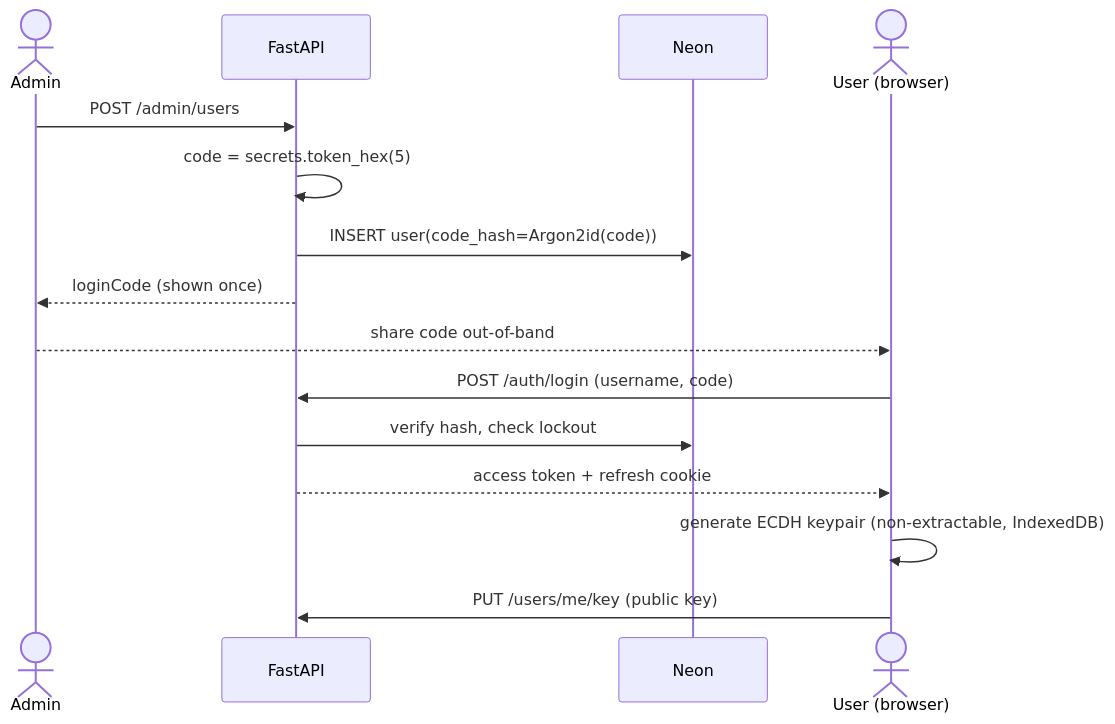
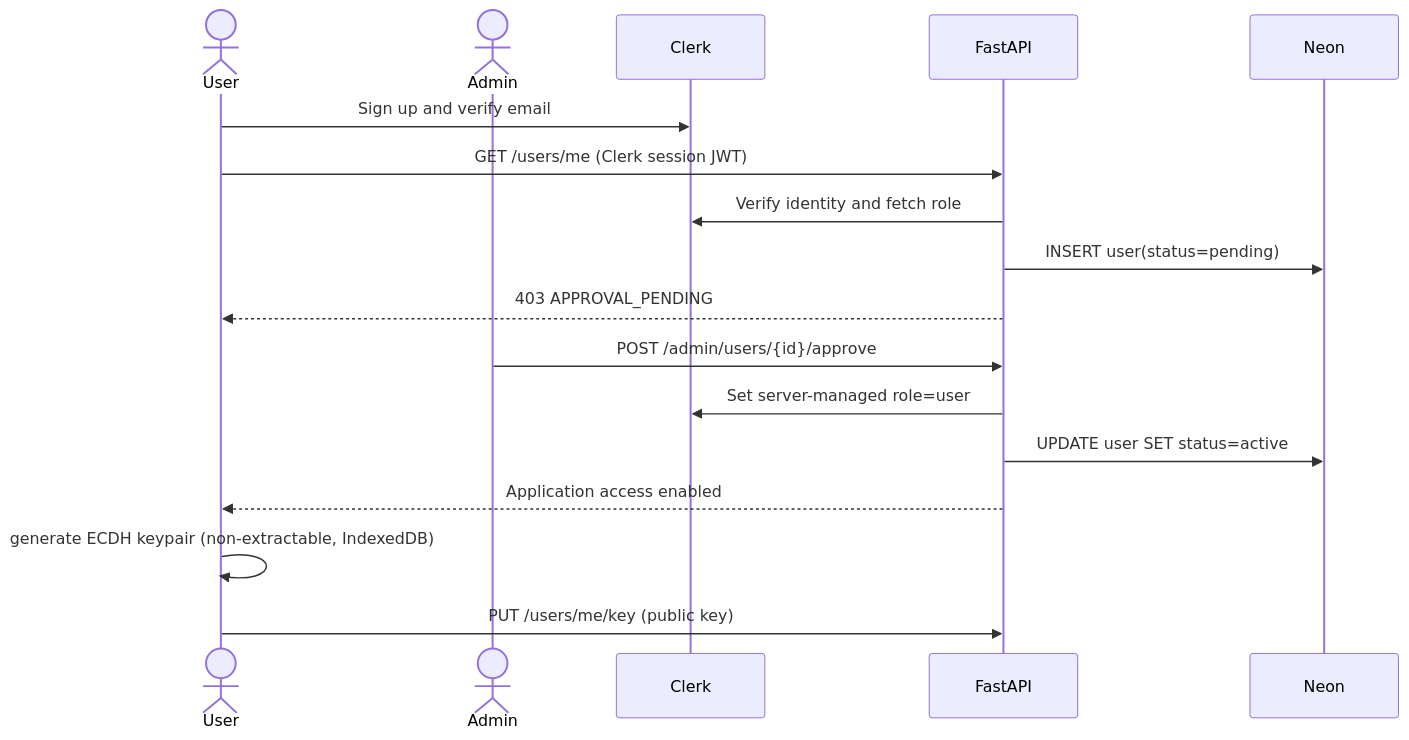
Before and after one commit to Silicon-Brains/chat-control: the third of 5 diagrams in docs/System_Design.md, drawn with Mermaid. The commit also changed other lines of this file and 46 other files, not shown here.

````diff
--- a/docs/System_Design.md
+++ b/docs/System_Design.md
@@ -128,17 +125,19 @@
 ```mermaid
 sequenceDiagram
+  actor U as User
   actor A as Admin
+  participant Clerk
   participant API as FastAPI
   participant DB as Neon
-  actor U as User (browser)
-  A->>API: POST /admin/users
-  API->>API: code = secrets.token_hex(5)
-  API->>DB: INSERT user(code_hash=Argon2id(code))
-  API-->>A: loginCode (shown once)
-  A-->>U: share code out-of-band
-  U->>API: POST /auth/login (username, code)
-  API->>DB: verify hash, check lockout
-  API-->>U: access token + refresh cookie
+  U->>Clerk: Sign up and verify email
+  U->>API: GET /users/me (Clerk session JWT)
+  API->>Clerk: Verify identity and fetch role
+  API->>DB: INSERT user(status=pending)
+  API-->>U: 403 APPROVAL_PENDING
+  A->>API: POST /admin/users/{id}/approve
+  API->>Clerk: Set server-managed role=user
+  API->>DB: UPDATE user SET status=active
+  API-->>U: Application access enabled
   U->>U: generate ECDH keypair (non-extractable, IndexedDB)
   U->>API: PUT /users/me/key (public key)
 ```
````
